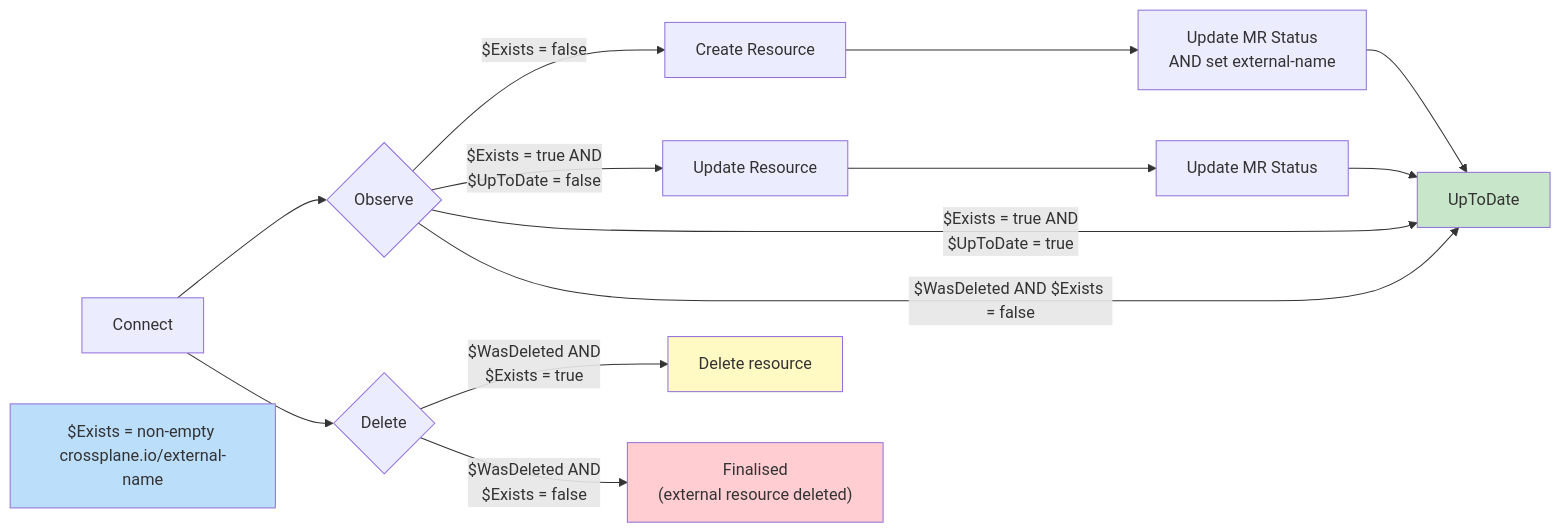
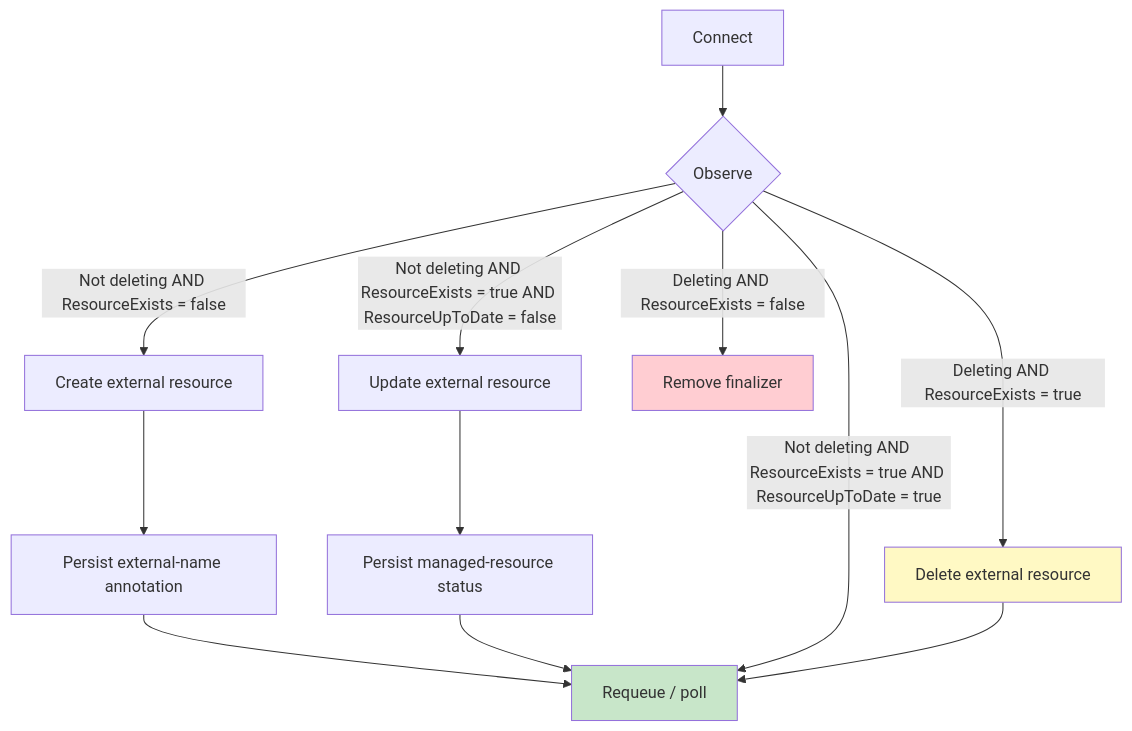
Before and after one commit to brunoluiz/brunoluiz.github.io: the diagram in content/blog/2026/jun/crossplane-providers/index.md, drawn with Mermaid. The commit also changed other lines of this file, not shown here.

Commit message:
docs(crossplane): clarify managed reconciler lifecycle

````diff
--- a/content/blog/2026/jun/crossplane-providers/index.md
+++ b/content/blog/2026/jun/crossplane-providers/index.md
@@ -45,29 +45,22 @@
 ```mermaid
-flowchart LR
-    Connect --> ObserveCond{"Observe"}
+flowchart TD
+    Connect --> Observe{"Observe"}
 
-    %% Create
-    ObserveCond -- "$Exists = false" --> Create["Create Resource"]
-    Create --> CreateStatus["Update MR Status<br/>AND set external-name"]
-    CreateStatus --> End
-    %% Update
-    ObserveCond -- "$Exists = true AND<br>$UpToDate = false" --> Update["Update Resource"]
-    Update --> UpdateStatus["Update MR Status"]
+    Observe -- "Not deleting AND ResourceExists = false" --> Create["Create external resource"]
+    Create --> CreateName["Persist external-name annotation"]
+    CreateName --> End["Requeue / poll"]
+
+    Observe -- "Not deleting AND ResourceExists = true AND ResourceUpToDate = false" --> Update["Update external resource"]
+    Update --> UpdateStatus["Persist managed-resource status"]
     UpdateStatus --> End
-    %% Get
-    ObserveCond -- "$Exists = true AND<br>$UpToDate = true" --> End["UpToDate"]
-    %% Delete
 
-    ObserveCond -- "$WasDeleted AND $Exists = false" --> End
-    Connect --> DeleteCond{"Delete"}
-    DeleteCond -- "$WasDeleted AND<br/>$Exists = true" --> Delete["Delete resource"]
-    DeleteCond -- "$WasDeleted AND<br/>$Exists = false" --> Removed["Finalised</br>(external resource deleted)"]
+    Observe -- "Not deleting AND ResourceExists = true AND ResourceUpToDate = true" --> End
 
-    %% Comment / Annotation
-    NoteA["$Exists = non-empty crossplane.io/external-name"]
-    style NoteA fill:#BBDEFB
+    Observe -- "Deleting AND ResourceExists = true" --> Delete["Delete external resource"]
+    Delete --> End
+    Observe -- "Deleting AND ResourceExists = false" --> Removed["Remove finalizer"]
 
     style End fill:#C8E6C9
     style Delete fill:#FFF9C4
     style Removed fill:#FFCDD2
 ```
````
